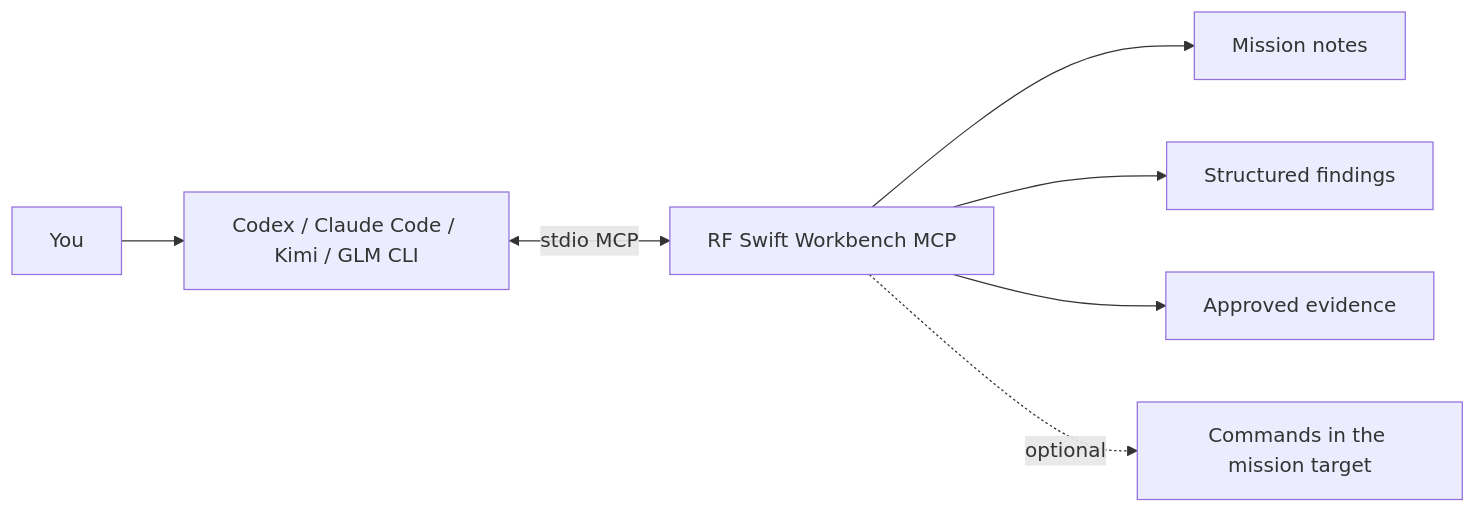
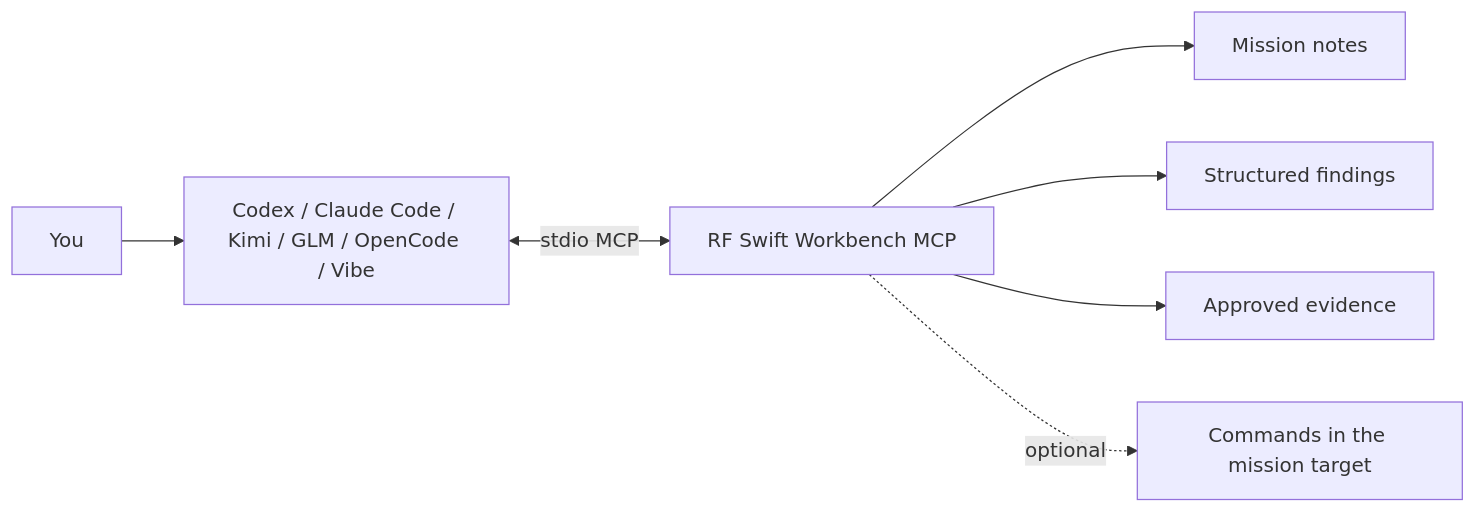
Before and after one commit to PentHertz/rfswift-doc-v2: the diagram in content/docs/guide/ai-assistant.md, drawn with Mermaid. The commit also changed other lines of this file and 42 other files, not shown here.

````diff
--- a/content/docs/guide/ai-assistant.md
+++ b/content/docs/guide/ai-assistant.md
@@ -16,9 +16,9 @@
 ```mermaid
 flowchart LR
-    U[You] --> C[Codex / Claude Code / Kimi / GLM CLI]
+    U[You] --> C[Codex / Claude Code / Kimi / GLM / OpenCode / Vibe]
     C <-->|stdio MCP| M[RF Swift Workbench MCP]
     M --> N[Mission notes]
     M --> F[Structured findings]
     M --> E[Approved evidence]
     M -. optional .-> T[Commands in the mission target]
 ```
````
